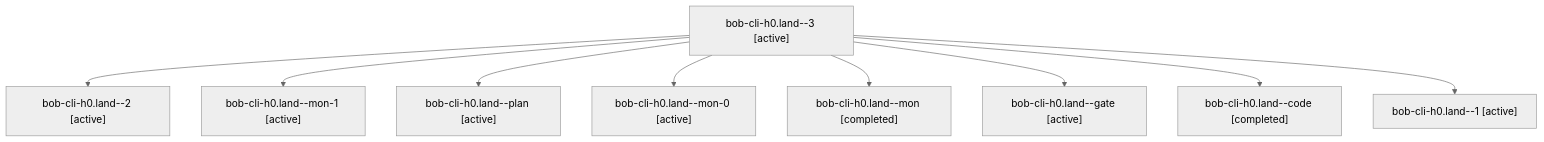
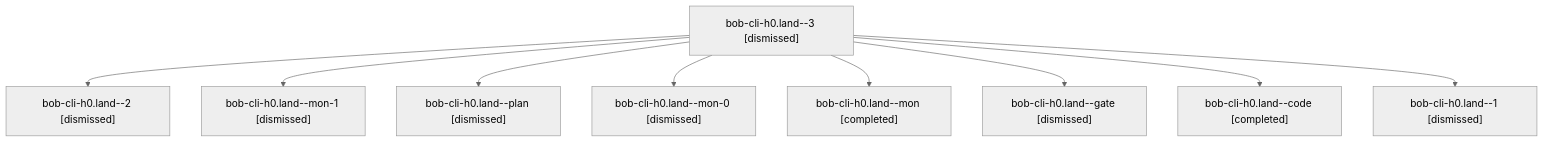
The diagram in sessions/bbugyi200.apollo.bob-cli-h0.land.md (bobs-org/bob-cli--agents), drawn with Mermaid (neutral theme) before and after one commit. The commit also changed other lines of this file and 222 other files, not shown here.

````diff
--- a/sessions/bbugyi200.apollo.bob-cli-h0.land.md
+++ b/sessions/bbugyi200.apollo.bob-cli-h0.land.md
@@ -9,20 +9,20 @@
 ```mermaid
 flowchart TD
-  n0["bob-cli-h0.land--3 [active]"]
-  n1["bob-cli-h0.land--2 [active]"]
+  n0["bob-cli-h0.land--3 [dismissed]"]
+  n1["bob-cli-h0.land--2 [dismissed]"]
   n0 --> n1
-  n2["bob-cli-h0.land--mon-1 [active]"]
+  n2["bob-cli-h0.land--mon-1 [dismissed]"]
   n0 --> n2
-  n3["bob-cli-h0.land--plan [active]"]
+  n3["bob-cli-h0.land--plan [dismissed]"]
   n0 --> n3
-  n4["bob-cli-h0.land--mon-0 [active]"]
+  n4["bob-cli-h0.land--mon-0 [dismissed]"]
   n0 --> n4
   n5["bob-cli-h0.land--mon [completed]"]
   n0 --> n5
-  n6["bob-cli-h0.land--gate [active]"]
+  n6["bob-cli-h0.land--gate [dismissed]"]
   n0 --> n6
   n7["bob-cli-h0.land--code [completed]"]
   n0 --> n7
-  n8["bob-cli-h0.land--1 [active]"]
+  n8["bob-cli-h0.land--1 [dismissed]"]
   n0 --> n8
 ```
````
